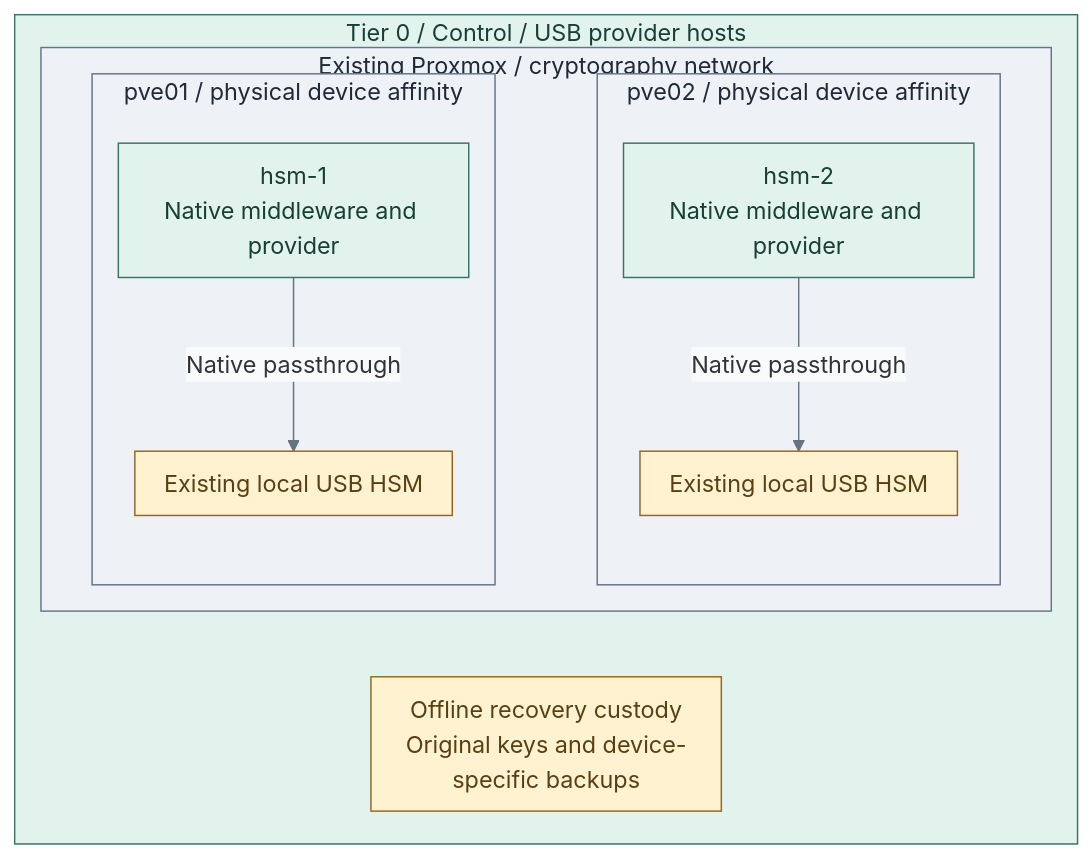
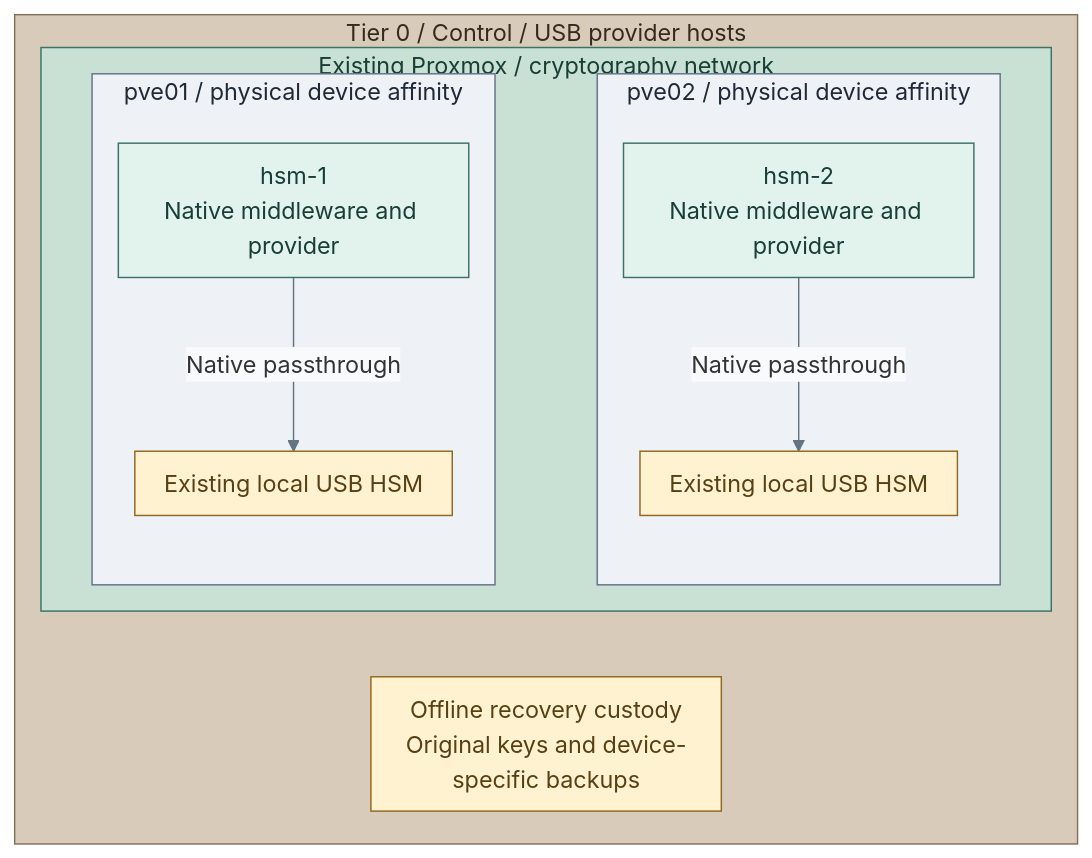
One commit to Rexus/homelab changed the diagram in docs/03-deployment/stage-3-trust/step-1b-usb-hsm.md. Above: the diagram before and after it, drawn with Mermaid. The commit also changed 108 other files, not shown here.

Commit message:
docs(diagrams): unify visual language and opening views

````diff
--- a/docs/03-deployment/stage-3-trust/step-1b-usb-hsm.md
+++ b/docs/03-deployment/stage-3-trust/step-1b-usb-hsm.md
@@ -15,32 +15,36 @@
 ```mermaid
 %%{init: {"theme":"base","flowchart":{"nodeSpacing":16,"rankSpacing":20,"padding":10},"themeVariables":{"lineColor":"#627581","edgeLabelBackground":"#f8fafc"}}}%%
 flowchart TB
   subgraph T0["Tier 0 / Control / USB provider hosts"]
     direction TB
     subgraph PVE["Existing Proxmox / cryptography network"]
       direction LR
       subgraph A["pve01 / physical device affinity"]
         direction TB
         VM1["hsm-1<br/>Native middleware and provider"]
         Token1["Existing local USB HSM"]
         VM1 -->|Native passthrough| Token1
       end
       subgraph B["pve02 / physical device affinity"]
         direction TB
         VM2["hsm-2<br/>Native middleware and provider"]
         Token2["Existing local USB HSM"]
         VM2 -->|Native passthrough| Token2
       end
       A ~~~ B
     end
     Custody["Offline recovery custody<br/>Original keys and device-specific backups"]
     PVE ~~~ Custody
   end
   classDef default fill:#f8fafc,stroke:#64748b,color:#1f2937
   classDef control fill:#e2f3ed,stroke:#397366,color:#173f36
   classDef boundary fill:#eef2f6,stroke:#64748b,color:#1f2937
   classDef custody fill:#fff2d1,stroke:#926820,color:#584013
-  class T0,VM1,VM2 control
-  class PVE,A,B boundary
+  class VM1,VM2 control
+  class A,B boundary
   class Token1,Token2,Custody custody
+  classDef tier0 fill:#d8cbb9,stroke:#83715a,color:#352a1e
+  class T0 tier0
+  classDef zoneControl fill:#c9e0d5,stroke:#397366,color:#173f36
+  class PVE zoneControl
 ```
````
